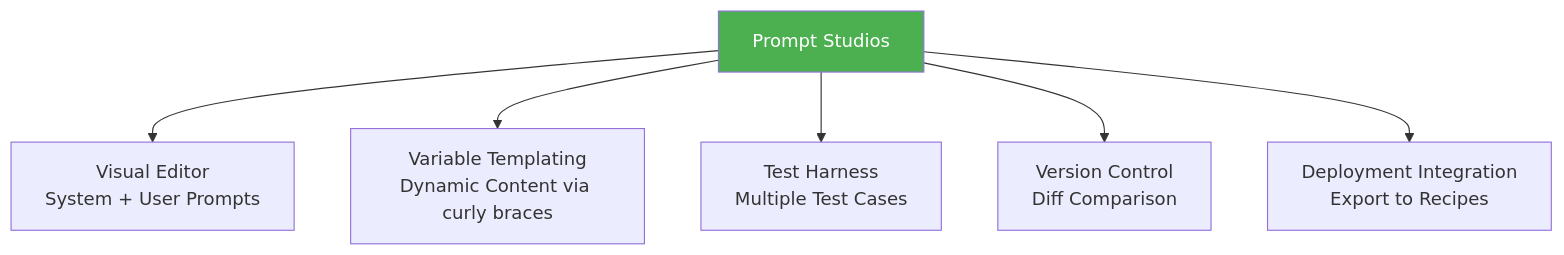
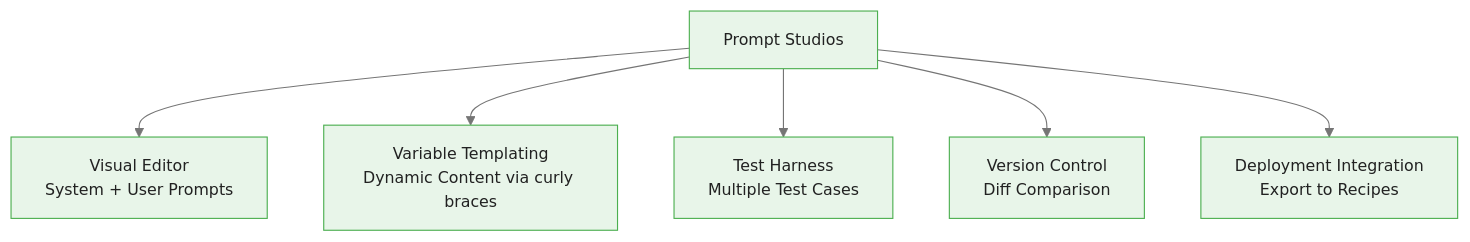
One commit to m-deane/course-creator changed the first of 6 diagrams in courses/dataiku-genai/modules/module_01_prompts/guides/01_prompt_studios_slides.md. Above: the diagram before and after it, drawn with Mermaid. The commit also changed other lines of this file and 54 other files, not shown here.

````diff
--- a/courses/dataiku-genai/modules/module_01_prompts/guides/01_prompt_studios_slides.md
+++ b/courses/dataiku-genai/modules/module_01_prompts/guides/01_prompt_studios_slides.md
@@ -43,11 +43,10 @@
 ```mermaid
+%%{init: {"theme": "base", "themeVariables": {"primaryColor": "#e8f5e9", "primaryBorderColor": "#4caf50", "primaryTextColor": "#212121", "secondaryColor": "#e3f2fd", "tertiaryColor": "#fff8e1", "lineColor": "#757575", "fontFamily": "Inter, sans-serif", "fontSize": "14px"}}}%%
 graph TB
     PS[Prompt Studios]
     PS --> VE[Visual Editor<br/>System + User Prompts]
     PS --> VT[Variable Templating<br/>Dynamic Content via curly braces]
     PS --> TH[Test Harness<br/>Multiple Test Cases]
     PS --> VC[Version Control<br/>Diff Comparison]
     PS --> DI[Deployment Integration<br/>Export to Recipes]
-
-    style PS fill:#4CAF50,color:#fff
 ```
````
